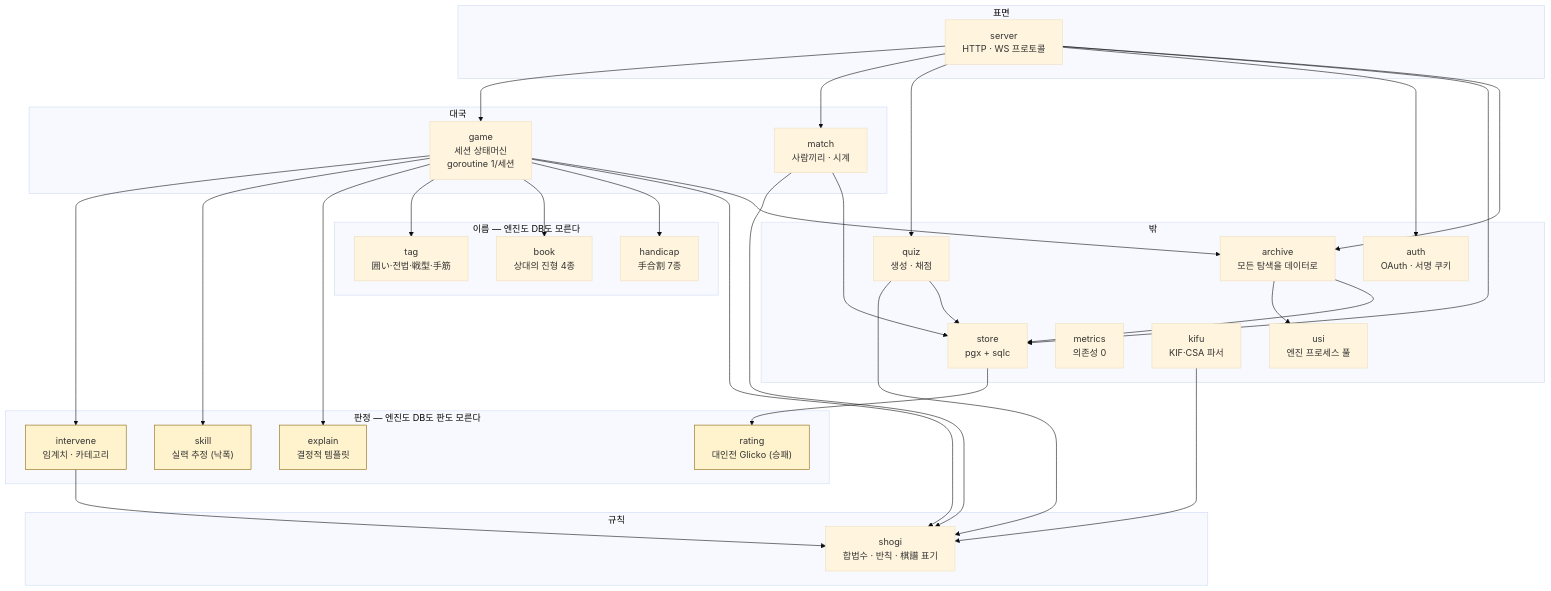
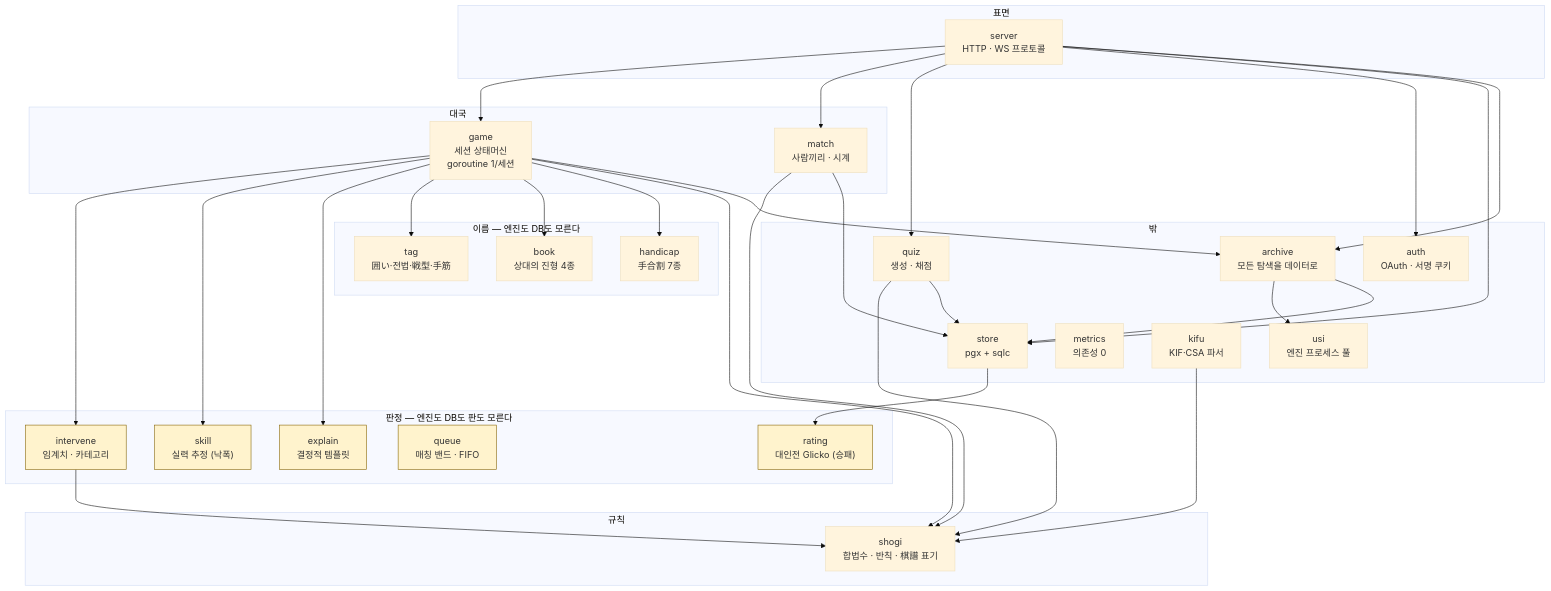
The second of 8 diagrams in docs/spec/architecture.md (jovid18/show-gi), drawn with Mermaid (base theme) before and after one commit. The commit also changed other lines of this file and 35 other files, not shown here.

````diff
--- a/docs/spec/architecture.md
+++ b/docs/spec/architecture.md
@@ -53,52 +53,54 @@
 ```mermaid
 flowchart TB
     subgraph edge["표면"]
         SV["server<br/>HTTP · WS 프로토콜"]
     end
 
     subgraph core["대국"]
         GM["game<br/>세션 상태머신<br/>goroutine 1/세션"]
         MT["match<br/>사람끼리 · 시계"]
     end
 
     subgraph judge["판정 — 엔진도 DB도 판도 모른다"]
         IV["intervene<br/>임계치 · 카테고리"]
         SK["skill<br/>실력 추정 (낙폭)"]
         RT["rating<br/>대인전 Glicko (승패)"]
+        QU["queue<br/>매칭 밴드 · FIFO"]
         EX["explain<br/>결정적 템플릿"]
     end
 
     subgraph know["이름 — 엔진도 DB도 모른다"]
         TG["tag<br/>囲い·전법·戦型·手筋"]
         BK["book<br/>상대의 진형 4종"]
         HC["handicap<br/>手合割 7종"]
     end
 
     subgraph rules["규칙"]
         SH["shogi<br/>합법수 · 반칙 · 棋譜 표기"]
     end
 
     subgraph io["밖"]
         AR["archive<br/>모든 탐색을 데이터로"]
         US["usi<br/>엔진 프로세스 풀"]
         ST["store<br/>pgx + sqlc"]
         AU["auth<br/>OAuth · 서명 쿠키"]
         MX["metrics<br/>의존성 0"]
         QZ["quiz<br/>생성 · 채점"]
         KF["kifu<br/>KIF·CSA 파서"]
     end
 
     SV --> GM & MT & QZ & AU & ST & AR
     GM --> IV & SK & EX & TG & BK & HC & SH & AR
     MT --> SH & ST
     ST --> RT
     IV --> SH
     AR --> US & ST
     QZ --> SH & ST
     KF --> SH
 
     style IV fill:#fff3cd,stroke:#856404
     style SK fill:#fff3cd,stroke:#856404
     style EX fill:#fff3cd,stroke:#856404
     style RT fill:#fff3cd,stroke:#856404
+    style QU fill:#fff3cd,stroke:#856404
 ```
````
